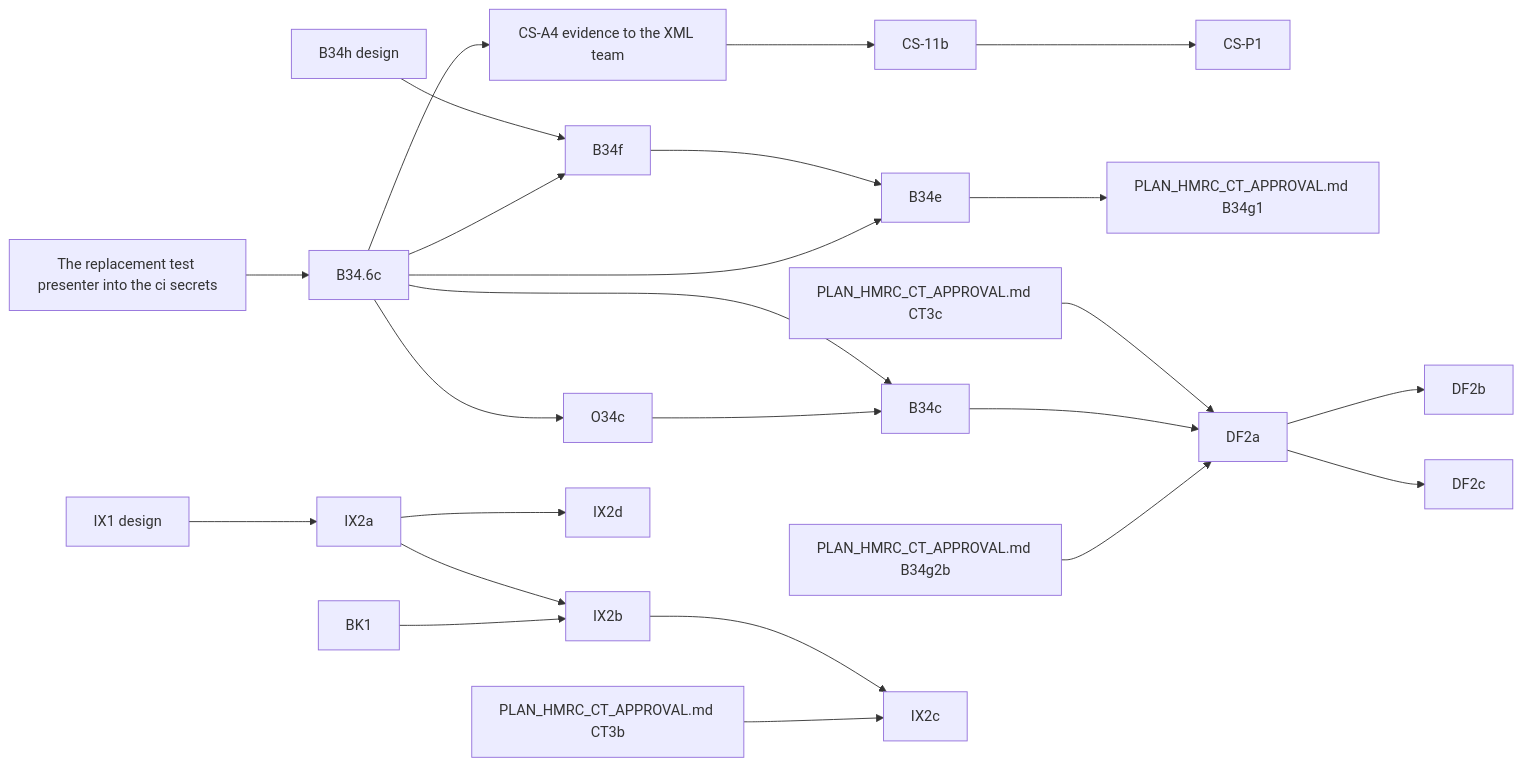
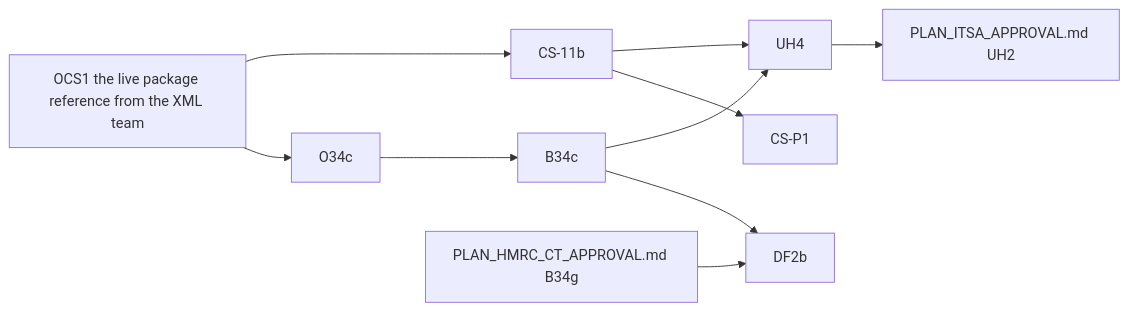
Before and after one commit to diy-accounting-uk/submit.diyaccounting.co.uk: the diagram in PLAN_COMPANIES_HOUSE_APPROVAL.md, drawn with Mermaid. The commit also changed other lines of this file and 2 other files, not shown here.

Commit message:
Refine: plan dependency lists rebuilt from open rows; NEXT.md shared facts cut to open rows
- PLAN_COMPANIES_HOUSE_APPROVAL.md and PLAN_HMRC_CT_APPROVAL.md: the dependency graphs and status
  lists now hold only open rows. Stale entries removed: DF2a (PR #574), DF2c, IX2a to IX2d,
  B34.6c, B34e, B34f, CT3a to CT4, VV1b, OAX5. B34c and CS-11b are blocked on OCS1; UH4 and UH7
  unblock ITSA UH2.
- NEXT.md: the shared-facts paragraph keeps only facts that serve open rows. The video list,
  RV1, DF2a and IX2c are gone, and so is the stale diya-gl pin (package.json pins 1.2.64).
- AL11 and AL12: the rows now hold only the remainder (the gate check, the push, the PR, the merge,
  main's deploy).
- UH4 and UH7 name UH2 and MCP1 as the rows they unblock.
- The OCS1, O34g and HA8b blockers still hold: no reply from the XML team, SDST or HMRC in the
  mail mirror (13:42 UTC) or in Gmail over the last 2 days.

Claude-Model: claude-opus-5-5
Claude-Session: https://claude.ai/code/session_01GFg5yNUQAwi8XQBYPJBSyb

````diff
--- a/PLAN_COMPANIES_HOUSE_APPROVAL.md
+++ b/PLAN_COMPANIES_HOUSE_APPROVAL.md
@@ -108,26 +108,12 @@
 ```mermaid
 flowchart LR
-    SEC[The replacement test presenter into the ci secrets] --> B346c[B34.6c]
-    B346c --> O34c
-    B346c --> B34c
+    OCS1[OCS1 the live package reference from the XML team] --> O34c
     O34c --> B34c
-    B346c --> CSA4[CS-A4 evidence to the XML team]
-    CSA4 --> CS11b[CS-11b]
+    OCS1 --> CS11b[CS-11b]
     CS11b --> CSP1[CS-P1]
-    B34h[B34h design] --> B34f
-    B34f --> B34e
-    B34e --> B34g1["PLAN_HMRC_CT_APPROVAL.md B34g1"]
-    B346c --> B34f
-    B346c --> B34e
-    CT3c["PLAN_HMRC_CT_APPROVAL.md CT3c"] --> DF2a
-    B34c --> DF2a
-    B34g2b["PLAN_HMRC_CT_APPROVAL.md B34g2b"] --> DF2a
-    DF2a --> DF2b
-    DF2a --> DF2c
-    IX1[IX1 design] --> IX2a
-    IX2a --> IX2b
-    BK1 --> IX2b
-    IX2b --> IX2c
-    CT3b["PLAN_HMRC_CT_APPROVAL.md CT3b"] --> IX2c
-    IX2a --> IX2d
+    B34c --> DF2b
+    B34g["PLAN_HMRC_CT_APPROVAL.md B34g"] --> DF2b
+    B34c --> UH4
+    CS11b --> UH4
+    UH4 --> UH2["PLAN_ITSA_APPROVAL.md UH2"]
 ```
````
